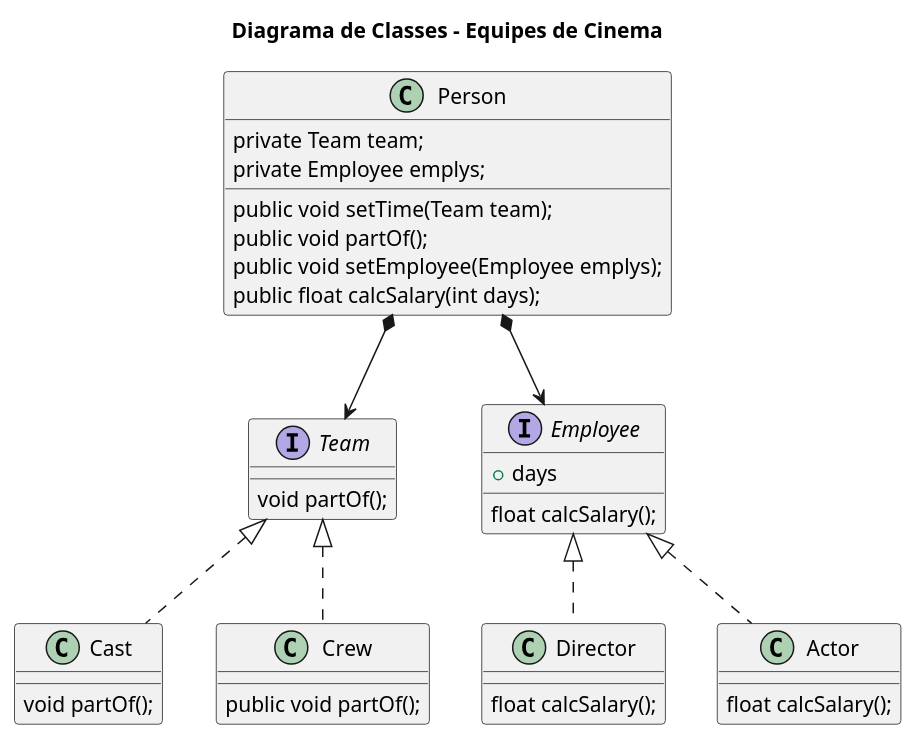
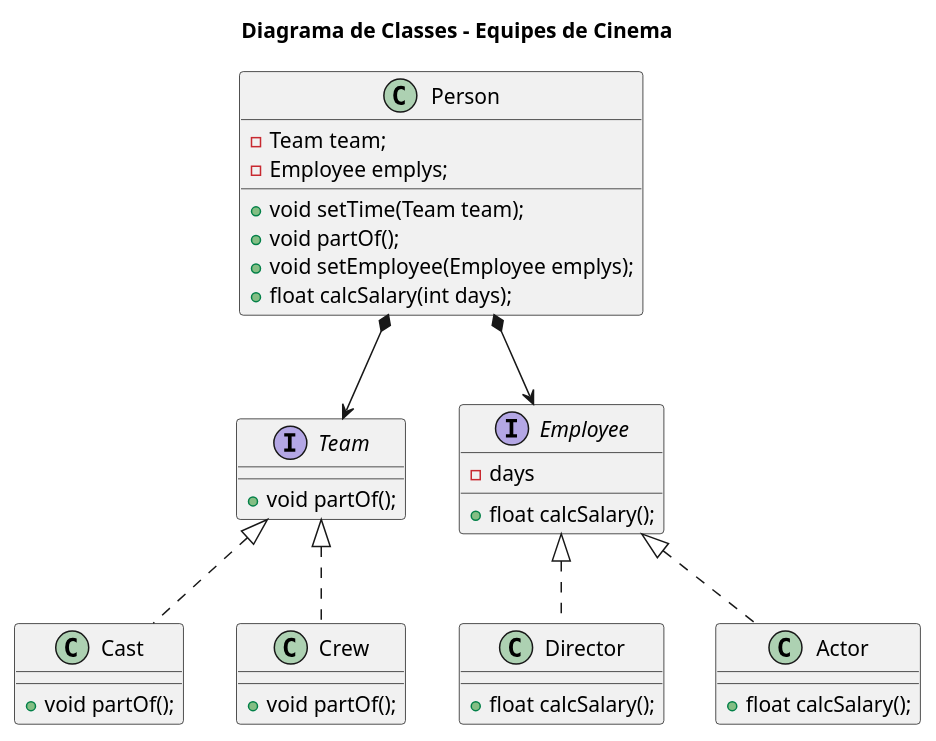
Before and after one commit to brunadias3/bertoti: the diagram in Engenharia de Software III/Strategy2/diagramas/diagrama.plantuml, drawn with PlantUML. The commit also changed 3 other files, not shown here.

Commit message:
fix atributos diagrama

```diff
--- a/Engenharia de Software III/Strategy2/diagramas/diagrama.plantuml
+++ b/Engenharia de Software III/Strategy2/diagramas/diagrama.plantuml
@@ -1,43 +1,43 @@
 @startuml EquipeCinema
 
 title Diagrama de Classes - Equipes de Cinema
 
 interface Team {
-  void partOf();
+  + void partOf();
 }
 
 class Cast implements Team {
-  void partOf();
+  + void partOf();
 }
 
 class Crew implements Team {
-  public void partOf();
+  + void partOf();
 }
 
 class Person {
-    private Team team;
-    private Employee emplys;
-    public void setTime(Team team);
-    public void partOf();
-    public void setEmployee(Employee emplys);
-    public float calcSalary(int days);
+    - Team team;
+    - Employee emplys;
+    + void setTime(Team team);
+    + void partOf();
+    + void setEmployee(Employee emplys);
+    + float calcSalary(int days);
 }
 
 Person *--> Team
 
 interface Employee {
-  +days
-  float calcSalary();
+  - days
+  + float calcSalary();
 }
 
 class Director implements Employee {
-  float calcSalary();
+  + float calcSalary();
 }
 
 class Actor implements Employee {
-float calcSalary();
+  + float calcSalary();
 }
 
 Person *--> Employee
 
 @enduml
```
